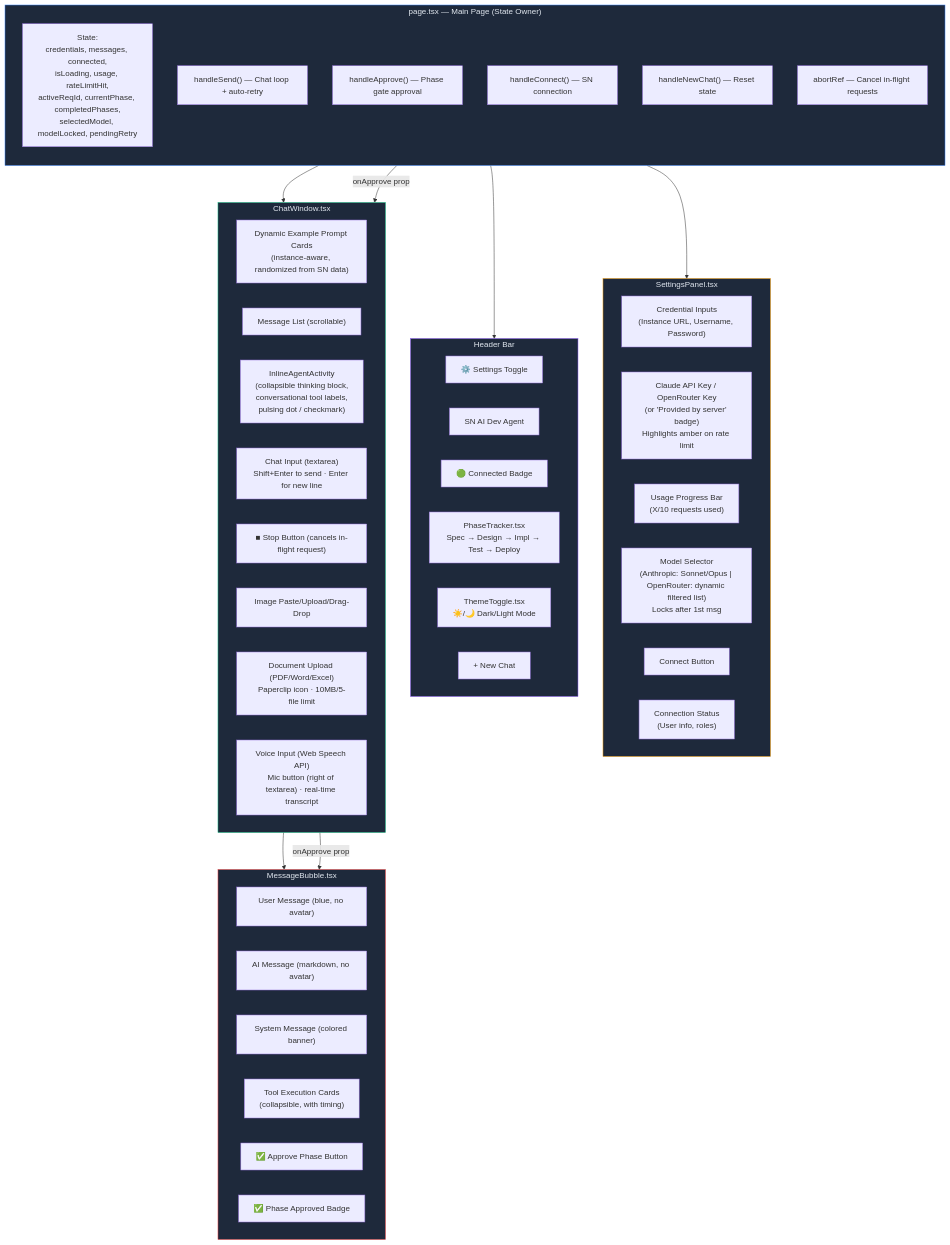
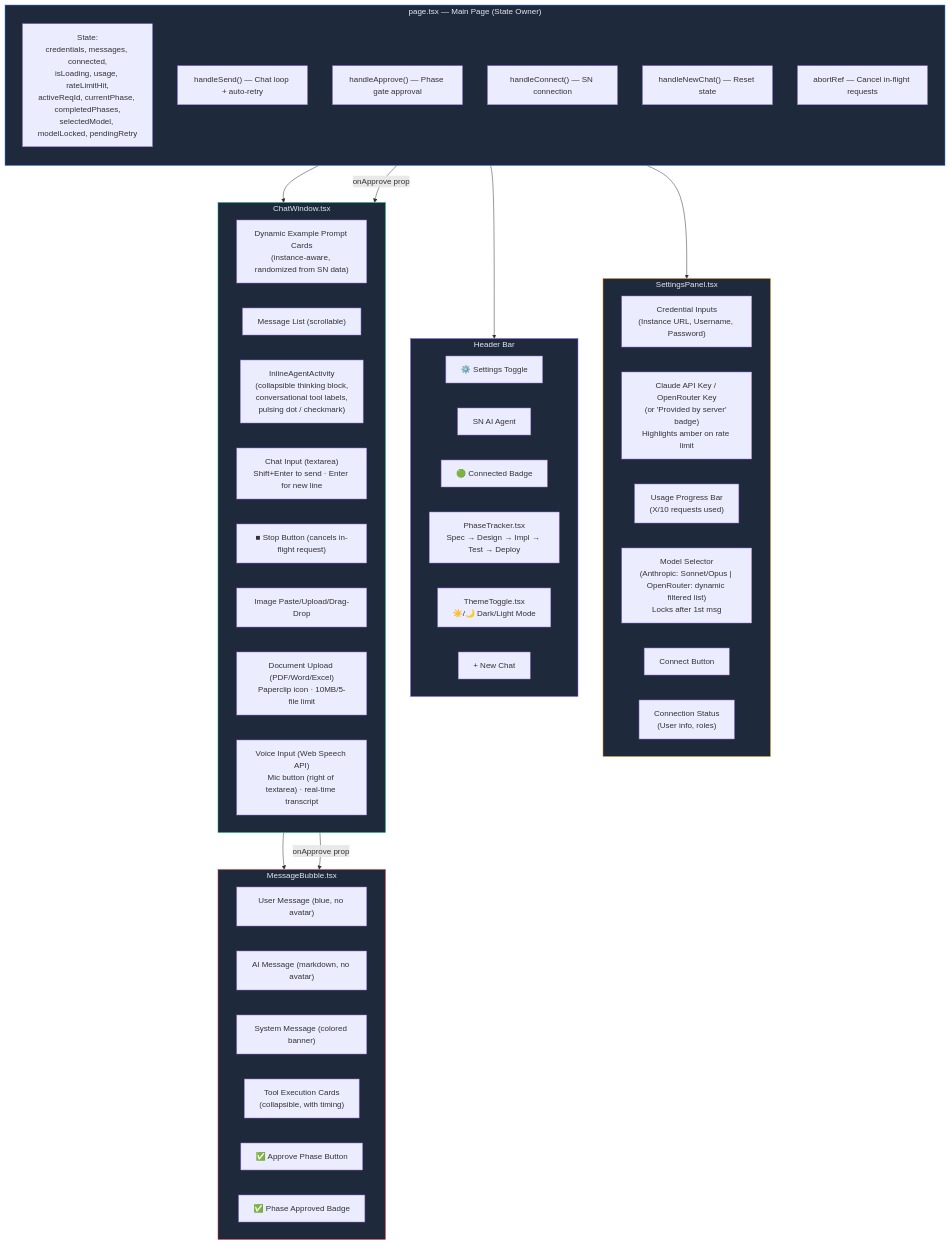
One commit to rtnsht/SN-AI-Dev-Agent changed the second of 13 diagrams in docs/architecture.md. Above: the diagram before and after it, drawn with Mermaid. The commit also changed other lines of this file and 14 other files, not shown here.

First line of the commit message:
refactor: rename branding from "Yantra" / "SN AI Dev Agent" to "SN AI Agent"

````diff
--- a/docs/architecture.md
+++ b/docs/architecture.md
@@ -73,63 +73,63 @@
 ```mermaid
 graph TB
     subgraph PAGE["page.tsx — Main Page (State Owner)"]
         direction TB
         STATE["State:<br/>credentials, messages, connected,<br/>isLoading, usage, rateLimitHit,<br/>activeReqId, currentPhase, completedPhases,<br/>selectedModel, modelLocked, pendingRetry"]
         SEND["handleSend() — Chat loop + auto-retry"]
         APPROVE["handleApprove() — Phase gate approval"]
         CONNECT["handleConnect() — SN connection"]
         NEWCHAT["handleNewChat() — Reset state"]
         ABORT["abortRef — Cancel in-flight requests"]
     end
 
     subgraph SIDEBAR["SettingsPanel.tsx"]
         CREDS["Credential Inputs<br/>(Instance URL, Username, Password)"]
         APIKEY["Claude API Key / OpenRouter Key<br/>(or 'Provided by server' badge)<br/>Highlights amber on rate limit"]
         USAGE["Usage Progress Bar<br/>(X/10 requests used)"]
         MODEL["Model Selector<br/>(Anthropic: Sonnet/Opus | OpenRouter: dynamic filtered list)<br/>Locks after 1st msg"]
         CONN_BTN["Connect Button"]
         CONN_STATUS["Connection Status<br/>(User info, roles)"]
     end
 
     subgraph HEADER["Header Bar"]
         TOGGLE["⚙️ Settings Toggle"]
-        TITLE["SN AI Dev Agent"]
+        TITLE["SN AI Agent"]
         CONN_BADGE["🟢 Connected Badge"]
         TRACKER["PhaseTracker.tsx<br/>Spec → Design → Impl → Test → Deploy"]
         THEME["ThemeToggle.tsx<br/>☀️/🌙 Dark/Light Mode"]
         NEW_BTN["+ New Chat"]
     end
 
     subgraph CHAT["ChatWindow.tsx"]
         EXAMPLES["Dynamic Example Prompt Cards<br/>(instance-aware, randomized from SN data)"]
         MSGLIST["Message List (scrollable)"]
         ACTIVITY["InlineAgentActivity<br/>(collapsible thinking block,<br/>conversational tool labels,<br/>pulsing dot / checkmark)"]
         INPUT["Chat Input (textarea)<br/>Shift+Enter to send · Enter for new line"]
         CANCEL["■ Stop Button (cancels in-flight request)"]
         IMAGES["Image Paste/Upload/Drag-Drop"]
         DOCS["Document Upload (PDF/Word/Excel)<br/>Paperclip icon · 10MB/5-file limit"]
         MIC["Voice Input (Web Speech API)<br/>Mic button (right of textarea) · real-time transcript"]
     end
 
     subgraph MSG["MessageBubble.tsx"]
         USER_MSG["User Message (blue, no avatar)"]
         AI_MSG["AI Message (markdown, no avatar)"]
         SYS_MSG["System Message (colored banner)"]
         TOOL_CARD["Tool Execution Cards<br/>(collapsible, with timing)"]
         GATE_BTN["✅ Approve Phase Button"]
         APPROVED["✅ Phase Approved Badge"]
     end
 
     PAGE --> SIDEBAR
     PAGE --> HEADER
     PAGE --> CHAT
     CHAT --> MSG
     APPROVE -- "onApprove prop" --> CHAT
     CHAT -- "onApprove prop" --> MSG
 
     style PAGE fill:#1e293b,stroke:#3b82f6,color:#e2e8f0
     style SIDEBAR fill:#1e293b,stroke:#f59e0b,color:#e2e8f0
     style HEADER fill:#1e293b,stroke:#8b5cf6,color:#e2e8f0
     style CHAT fill:#1e293b,stroke:#10b981,color:#e2e8f0
     style MSG fill:#1e293b,stroke:#ef4444,color:#e2e8f0
 ```
````
